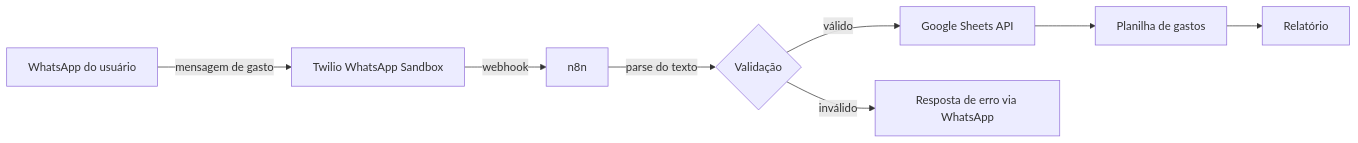
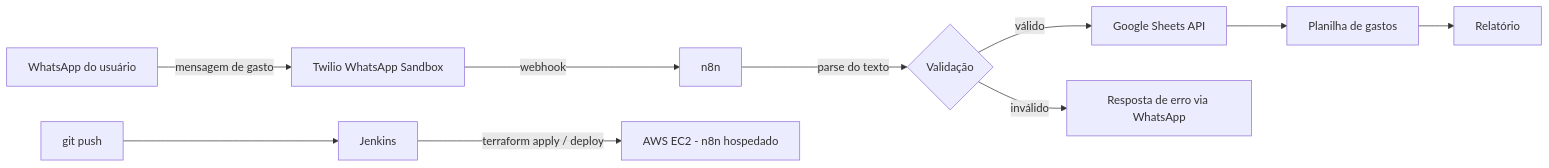
The diagram in projetos/organizacao-contas/ROADMAP.md (ricardomarchesi/study-journey), drawn with Mermaid before and after one commit. The commit also changed other lines of this file, not shown here.

Commit message:
roadmap: adiciona etapas de hospedagem AWS via Terraform e pipeline CI/CD com Jenkins

````diff
--- a/projetos/organizacao-contas/ROADMAP.md
+++ b/projetos/organizacao-contas/ROADMAP.md
@@ -11,10 +13,13 @@
 ```mermaid
 flowchart LR
     A[WhatsApp do usuário] -->|mensagem de gasto| B[Twilio WhatsApp Sandbox]
     B -->|webhook| C[n8n]
     C -->|parse do texto| D{Validação}
     D -->|válido| E[Google Sheets API]
     D -->|inválido| F[Resposta de erro via WhatsApp]
     E --> G[Planilha de gastos]
     G --> H[Relatório]
+
+    I[git push] --> J[Jenkins]
+    J -->|terraform apply / deploy| K[AWS EC2 - n8n hospedado]
 ```
````
